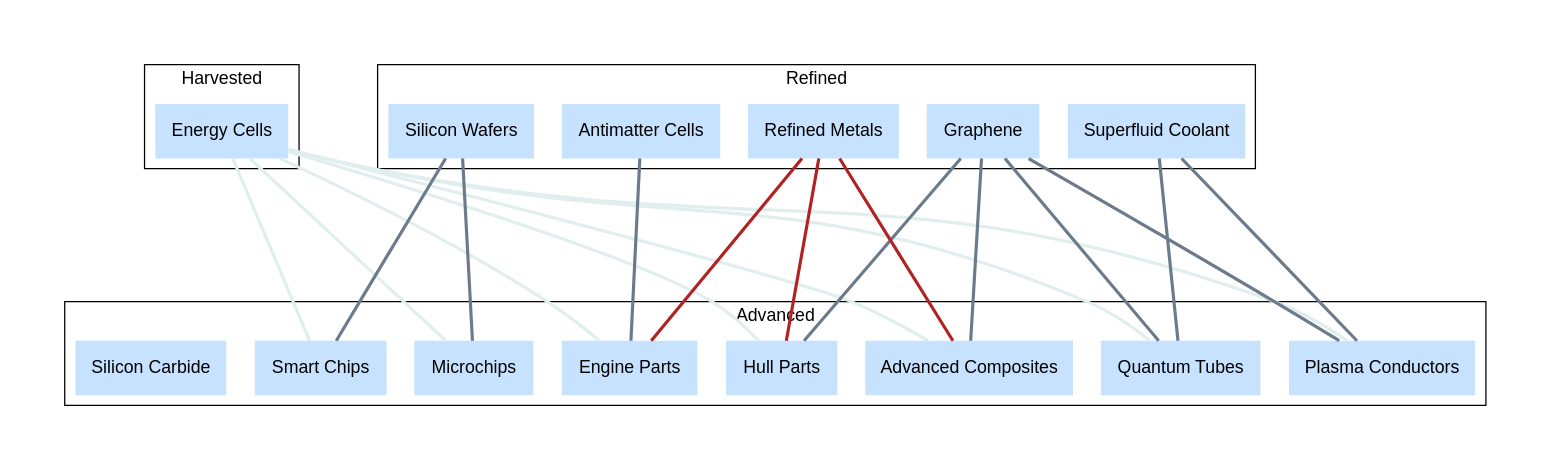
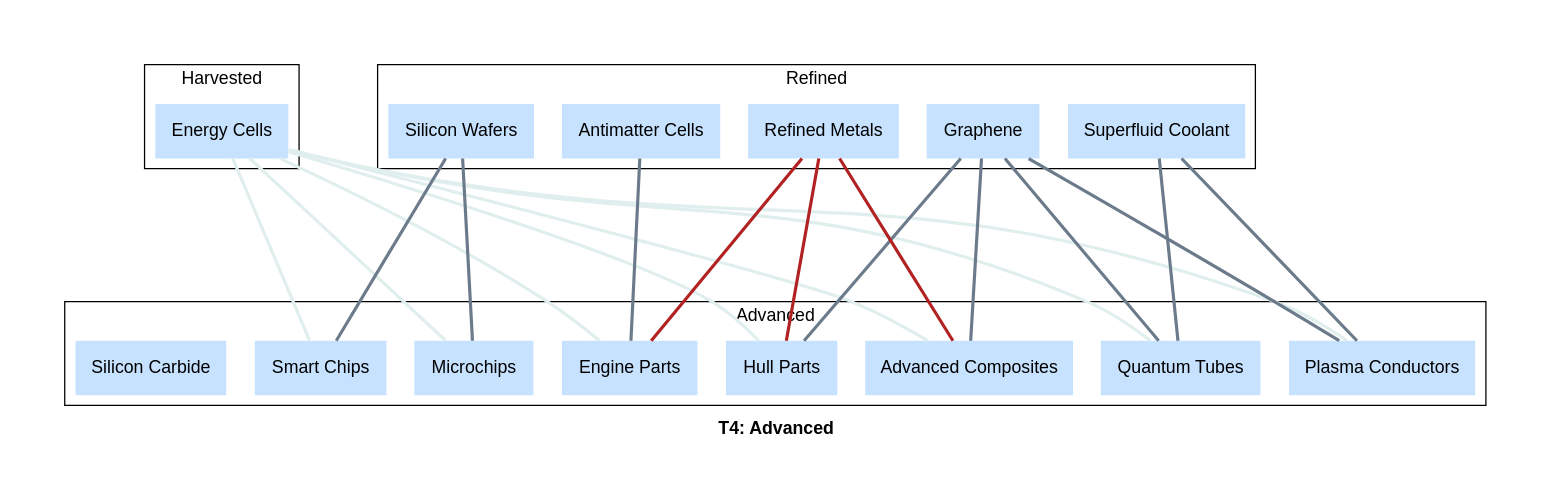
The diagram in docs/t4_advanced_graph.dot (borntyping/x4-diagrams), drawn with Graphviz before and after one commit. The commit also changed 117 other files, not shown here.

Commit message:
Add titles and descriptions to diagrams

```diff
--- a/docs/t4_advanced_graph.dot
+++ b/docs/t4_advanced_graph.dot
@@ -1,48 +1,49 @@
 graph "X4 Economy" {
 	compound=true fontname="Helvetica,Arial,sans-serif"
+	label=<<b>T4: Advanced</b>>
 	graph [nodesep=0.3 pad=0.5 ranksep=2]
 	node [color=slategray1 fontname="Helvetica,Arial,sans-serif" margin=0.2 penwidth=0 shape=record style=filled]
 	edge [fontname="Helvetica,Arial,sans-serif" penwidth=2.5]
 	subgraph 0 {
 		cluster=true label=Harvested
 		"Energy Cells" [colour=lightsteelblue2 shape=box]
 	}
 	subgraph 3 {
 		cluster=true label=Refined
 		"Superfluid Coolant" [colour=lightsteelblue2 shape=box]
 		Graphene [colour=lightsteelblue2 shape=box]
 		"Refined Metals" [colour=lightsteelblue2 shape=box]
 		"Antimatter Cells" [colour=lightsteelblue2 shape=box]
 		"Silicon Wafers" [colour=lightsteelblue2 shape=box]
 	}
 	subgraph 4 {
 		cluster=true label=Advanced
 		"Plasma Conductors" [colour=lightsteelblue2 shape=box]
 		"Quantum Tubes" [colour=lightsteelblue2 shape=box]
 		"Advanced Composites" [colour=lightsteelblue2 shape=box]
 		"Hull Parts" [colour=lightsteelblue2 shape=box]
 		"Engine Parts" [colour=lightsteelblue2 shape=box]
 		Microchips [colour=lightsteelblue2 shape=box]
 		"Smart Chips" [colour=lightsteelblue2 shape=box]
 		"Silicon Carbide" [colour=lightsteelblue2 shape=box]
 	}
 	"Energy Cells" -- "Plasma Conductors" [color=azure2 constraint=false]
 	Graphene -- "Plasma Conductors" [color=slategray4 constraint=true]
 	"Superfluid Coolant" -- "Plasma Conductors" [color=slategray4 constraint=true]
 	"Energy Cells" -- "Quantum Tubes" [color=azure2 constraint=false]
 	Graphene -- "Quantum Tubes" [color=slategray4 constraint=true]
 	"Superfluid Coolant" -- "Quantum Tubes" [color=slategray4 constraint=true]
 	"Energy Cells" -- "Advanced Composites" [color=azure2 constraint=false]
 	Graphene -- "Advanced Composites" [color=slategray4 constraint=true]
 	"Refined Metals" -- "Advanced Composites" [color=firebrick constraint=true]
 	"Energy Cells" -- "Hull Parts" [color=azure2 constraint=false]
 	Graphene -- "Hull Parts" [color=slategray4 constraint=true]
 	"Refined Metals" -- "Hull Parts" [color=firebrick constraint=true]
 	"Antimatter Cells" -- "Engine Parts" [color=slategray4 constraint=true]
 	"Energy Cells" -- "Engine Parts" [color=azure2 constraint=false]
 	"Refined Metals" -- "Engine Parts" [color=firebrick constraint=true]
 	"Energy Cells" -- Microchips [color=azure2 constraint=false]
 	"Silicon Wafers" -- Microchips [color=slategray4 constraint=true]
 	"Energy Cells" -- "Smart Chips" [color=azure2 constraint=false]
 	"Silicon Wafers" -- "Smart Chips" [color=slategray4 constraint=true]
 }
```
